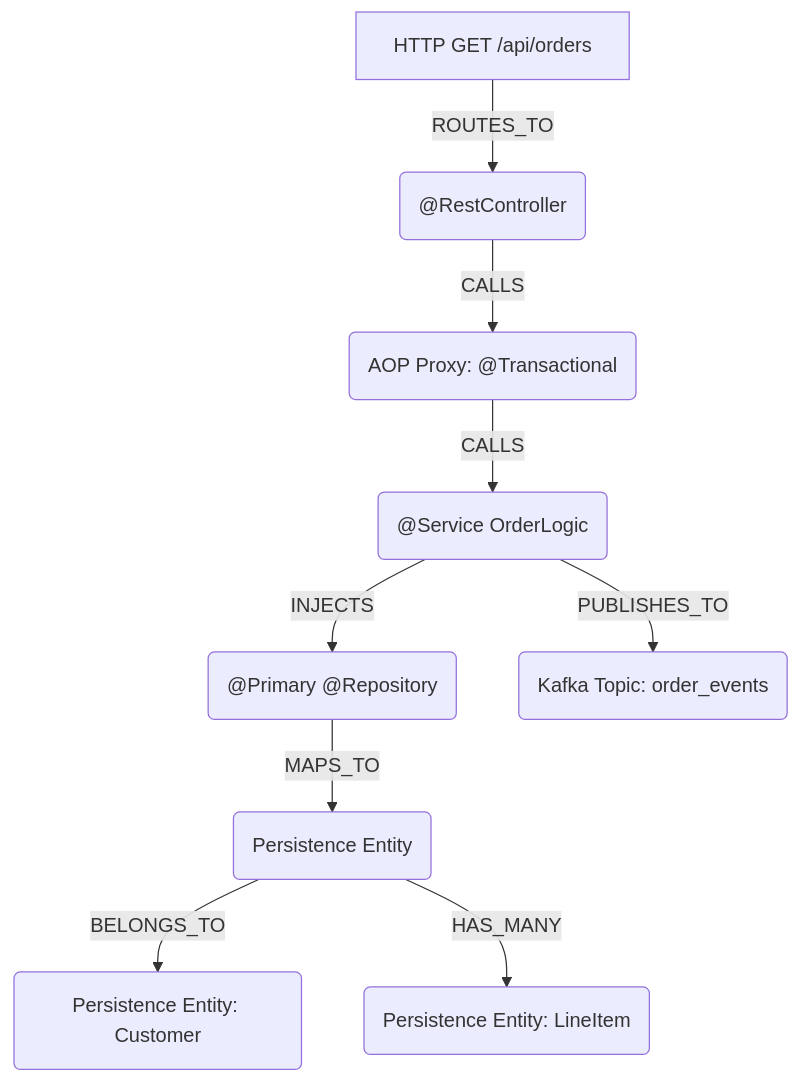
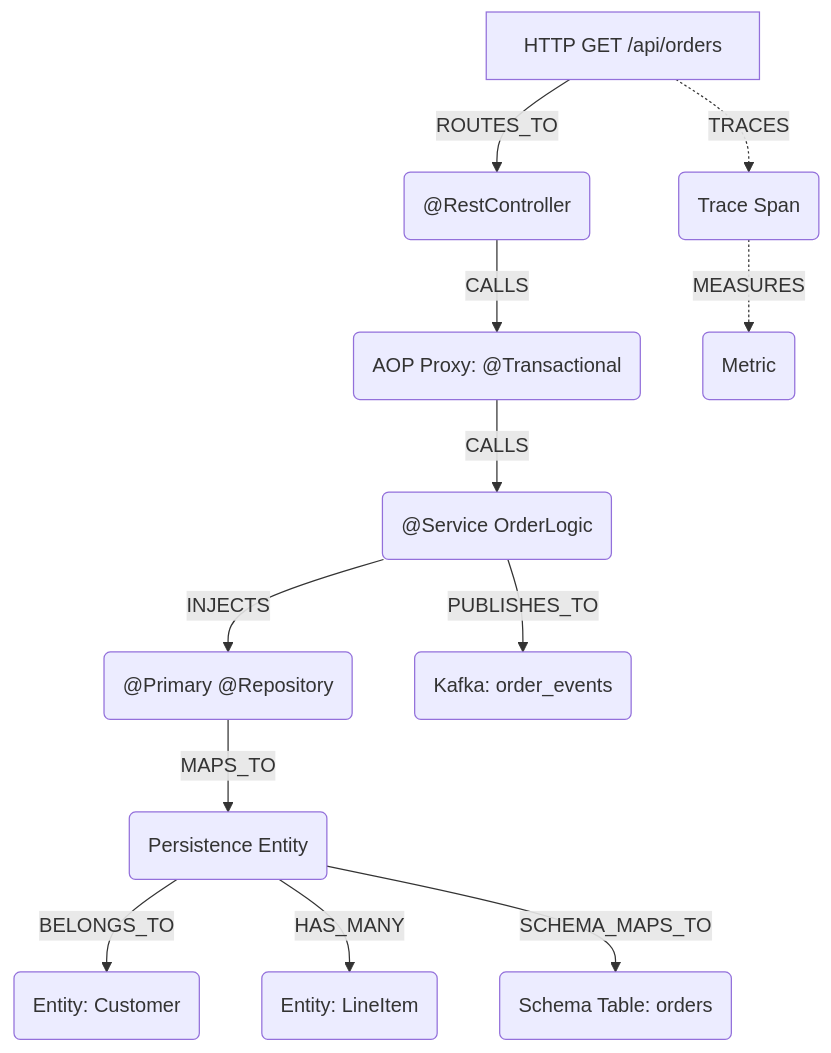
Before and after one commit to night-slayer18/spring-specter-mcp: the diagram in README.md, drawn with Mermaid. The commit also changed other lines of this file and 6 other files, not shown here.

Commit message:
refactor: implement index clearing, update annotation parsing, and transition architecture gates to local tests in CI pipeline

````diff
--- a/README.md
+++ b/README.md
@@ -15,11 +15,14 @@
 ```mermaid
 graph TD
     A[HTTP GET /api/orders] -->|ROUTES_TO| B("@RestController")
     B -->|CALLS| C("AOP Proxy: @Transactional")
     C -->|CALLS| D("@Service OrderLogic")
     D -->|INJECTS| E("@Primary @Repository")
     E -->|MAPS_TO| F(Persistence Entity)
-    D -->|PUBLISHES_TO| G(Kafka Topic: order_events)
-    F -->|BELONGS_TO| H(Persistence Entity: Customer)
-    F -->|HAS_MANY| I(Persistence Entity: LineItem)
+    D -->|PUBLISHES_TO| G(Kafka: order_events)
+    F -->|BELONGS_TO| H(Entity: Customer)
+    F -->|HAS_MANY| I(Entity: LineItem)
+    F -->|SCHEMA_MAPS_TO| J(Schema Table: orders)
+    A -.->|TRACES| K(Trace Span)
+    K -.->|MEASURES| L(Metric)
 ```
````
